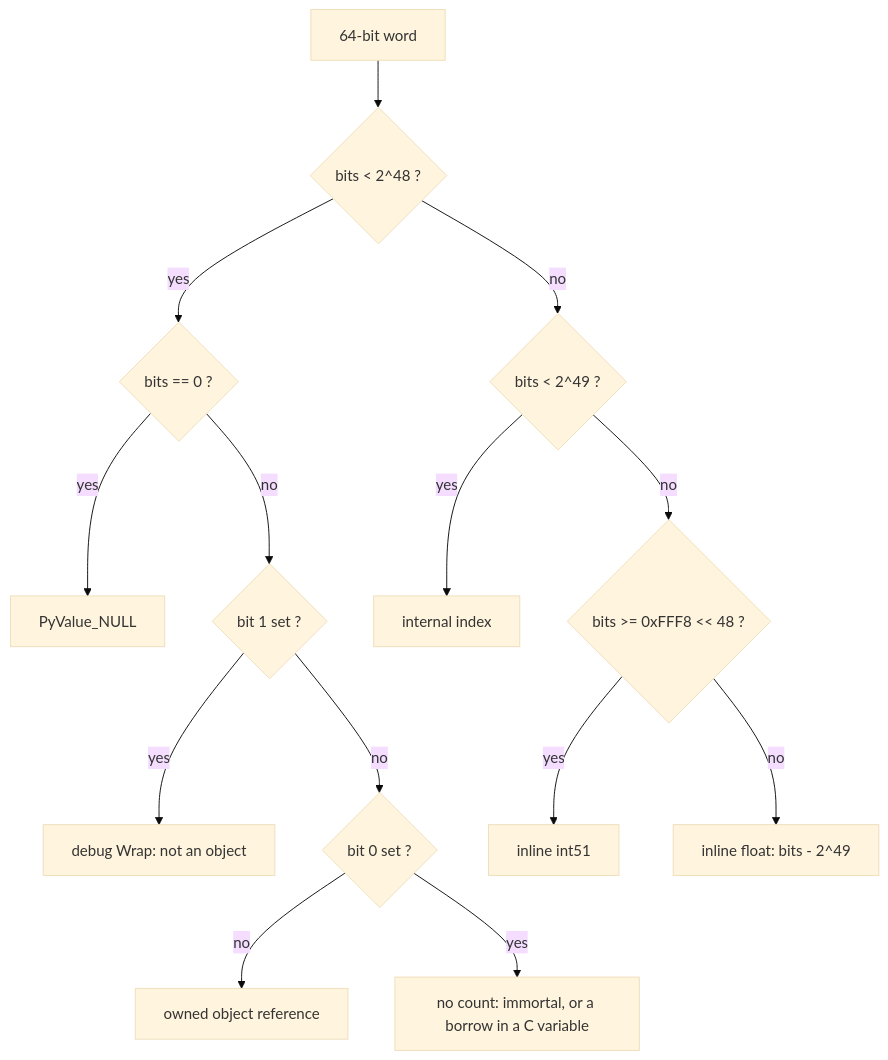
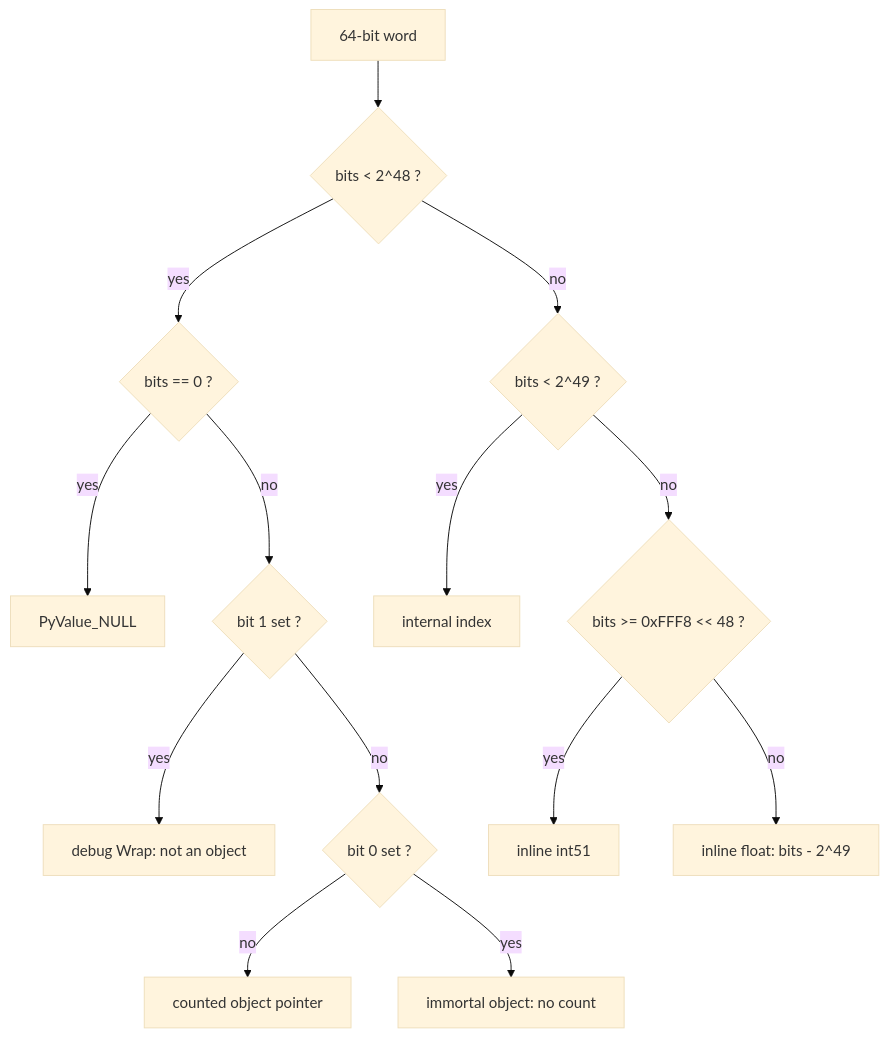
Before and after one commit to rjpower/cpython: the diagram in pyjit/design/pyvalue.md, drawn with Mermaid (base theme). The commit also changed other lines of this file and 30 other files, not shown here.

````diff
--- a/pyjit/design/pyvalue.md
+++ b/pyjit/design/pyvalue.md
@@ -134,16 +84,16 @@
 ```mermaid
 flowchart TD
     B[64-bit word] --> P{"bits < 2^48 ?"}
     P -- yes --> S{"bits == 0 ?"}
     S -- yes --> NULL[PyValue_NULL]
     S -- no --> W{"bit 1 set ?"}
     W -- yes --> WR[debug Wrap: not an object]
     W -- no --> O{"bit 0 set ?"}
-    O -- no --> OWN[owned object reference]
-    O -- yes --> NC[no count: immortal, or a borrow in a C variable]
+    O -- no --> OWN[counted object pointer]
+    O -- yes --> NC[immortal object: no count]
     P -- no --> I{"bits < 2^49 ?"}
     I -- yes --> IDX[internal index]
     I -- no --> N{"bits >= 0xFFF8 << 48 ?"}
     N -- yes --> INT[inline int51]
     N -- no --> FL["inline float: bits - 2^49"]
 ```
````
